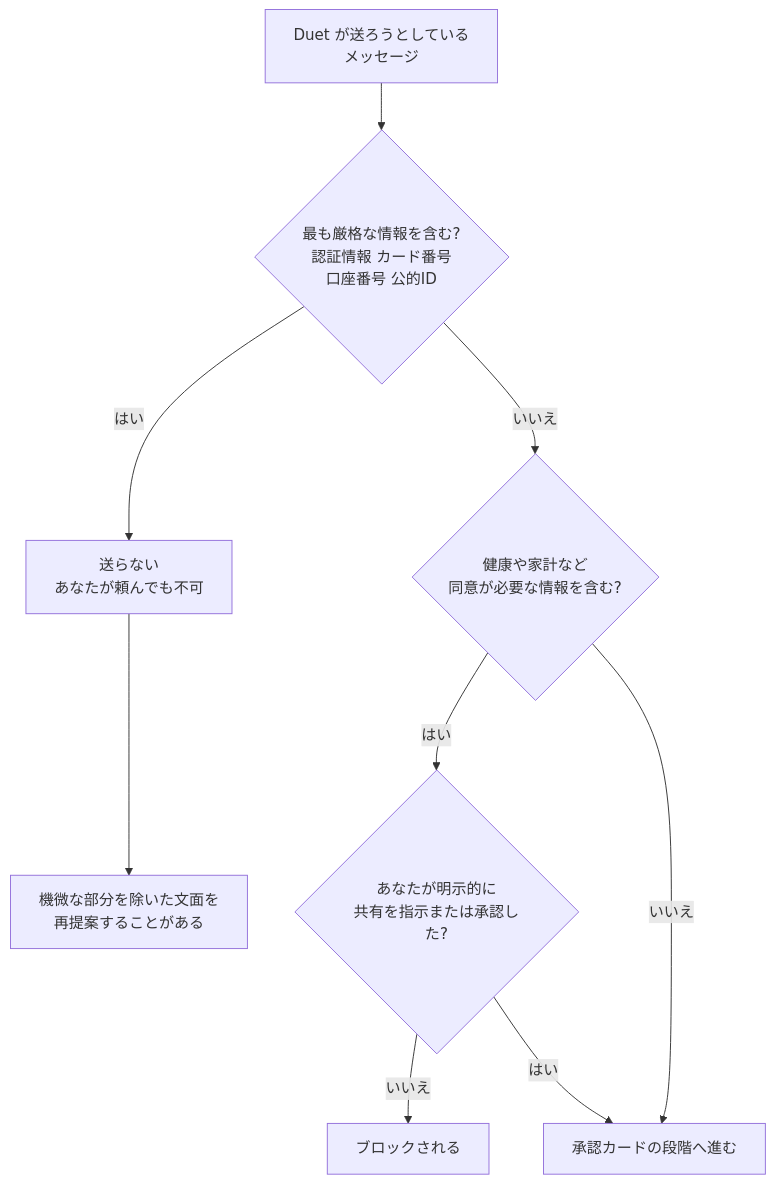
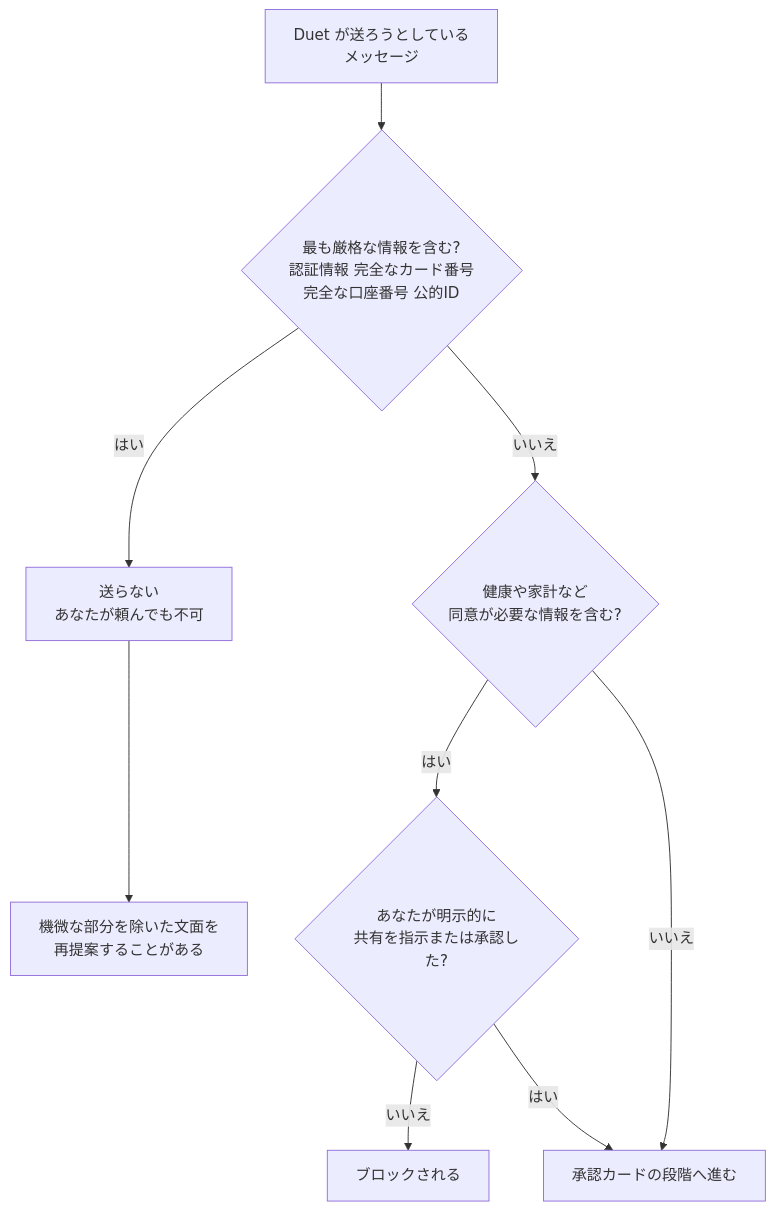
Before and after one commit to myoshi2891/Comparison-of-LLMs: the tenth of 13 diagrams in Claude-duet-best-practices-guide.md, drawn with Mermaid.

Commit message:
docs(guides): mark only complete card and account numbers as restricted in Duet flow

````diff
--- a/Claude-duet-best-practices-guide.md
+++ b/Claude-duet-best-practices-guide.md
@@ -607,11 +607,11 @@
 ```mermaid
 flowchart TD
-  M["Duet が送ろうとしている<br/>メッセージ"] --> K{"最も厳格な情報を含む?<br/>認証情報 カード番号<br/>口座番号 公的ID"}
+  M["Duet が送ろうとしている<br/>メッセージ"] --> K{"最も厳格な情報を含む?<br/>認証情報 完全なカード番号<br/>完全な口座番号 公的ID"}
   K -->|"はい"| B1["送らない<br/>あなたが頼んでも不可"]
   B1 --> R1["機微な部分を除いた文面を<br/>再提案することがある"]
   K -->|"いいえ"| H{"健康や家計など<br/>同意が必要な情報を含む?"}
   H -->|"はい"| C{"あなたが明示的に<br/>共有を指示または承認した?"}
   C -->|"いいえ"| B2["ブロックされる"]
   C -->|"はい"| OK["承認カードの段階へ進む"]
   H -->|"いいえ"| OK
 ```
````
